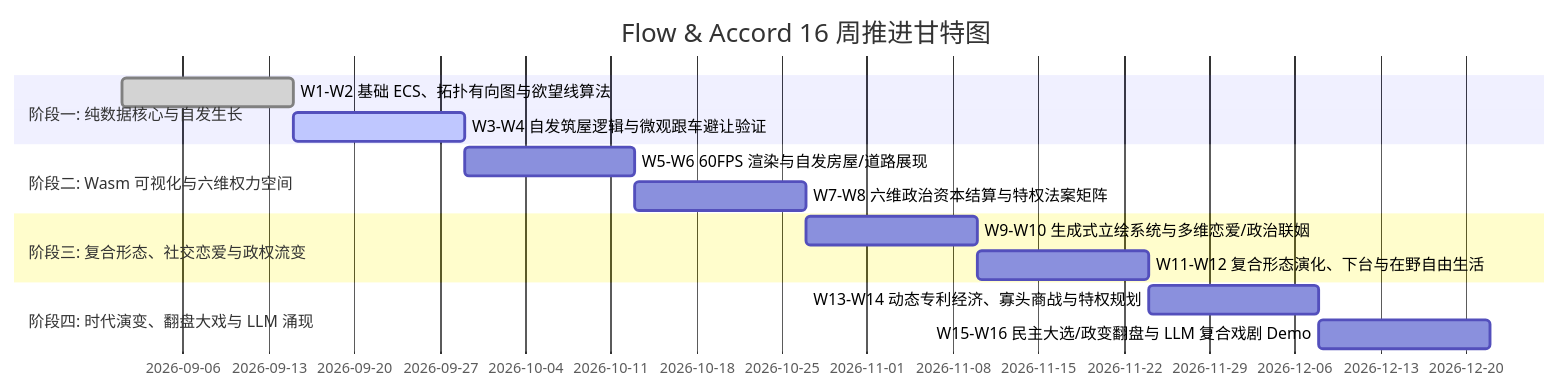
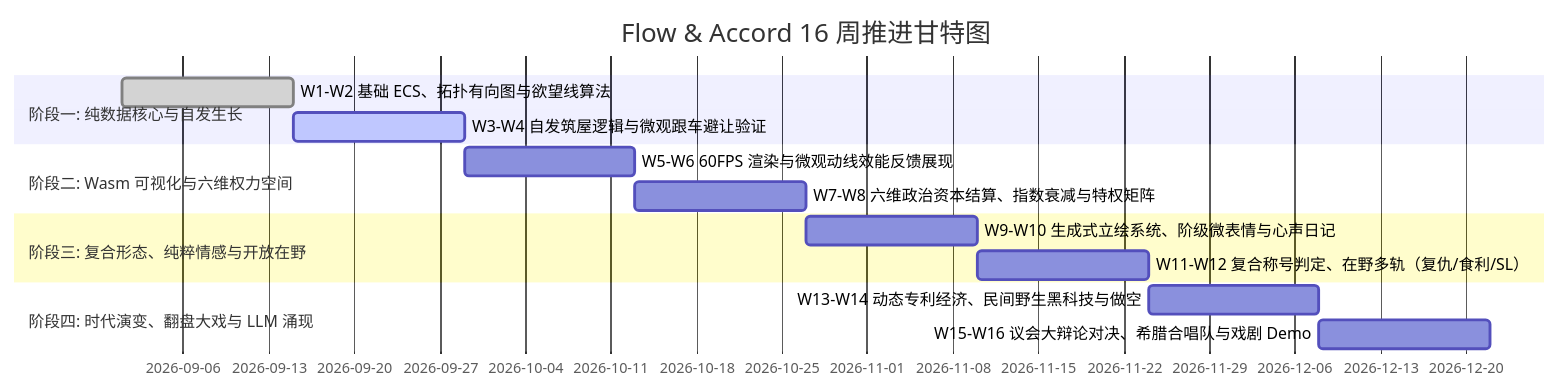
One commit to g39088902/FlowAndAccord changed the ninth of 9 diagrams in PLAN.md. Above: the diagram before and after it, drawn with Mermaid. The commit also changed other lines of this file and 16 other files, not shown here.

````diff
--- a/PLAN.md
+++ b/PLAN.md
@@ -375,17 +443,17 @@
 ```mermaid
 gantt
     title Flow & Accord 16 周推进甘特图
     dateFormat  YYYY-MM-DD
     section 阶段一: 纯数据核心与自发生长
     W1-W2 基础 ECS、拓扑有向图与欲望线算法 :done,    des1, 2026-09-01, 14d
     W3-W4 自发筑屋逻辑与微观跟车避让验证 :active,  des2, after des1, 14d
     section 阶段二: Wasm 可视化与六维权力空间
-    W5-W6 60FPS 渲染与自发房屋/道路展现  :         des3, after des2, 14d
-    W7-W8 六维政治资本结算与特权法案矩阵  :         des4, after des3, 14d
-    section 阶段三: 复合形态、社交恋爱与政权流变
-    W9-W10 生成式立绘系统与多维恋爱/政治联姻:         des5, after des4, 14d
-    W11-W12 复合形态演化、下台与在野自由生活:         des6, after des5, 14d
+    W5-W6 60FPS 渲染与微观动线效能反馈展现 :         des3, after des2, 14d
+    W7-W8 六维政治资本结算、指数衰减与特权矩阵 :         des4, after des3, 14d
+    section 阶段三: 复合形态、纯粹情感与开放在野
+    W9-W10 生成式立绘系统、阶级微表情与心声日记:         des5, after des4, 14d
+    W11-W12 复合称号判定、在野多轨（复仇/食利/SL）:         des6, after des5, 14d
     section 阶段四: 时代演变、翻盘大戏与 LLM 涌现
-    W13-W14 动态专利经济、寡头商战与特权规划:         des7, after des6, 14d
-    W15-W16 民主大选/政变翻盘与 LLM 复合戏剧 Demo:   des8, after des7, 14d
+    W13-W14 动态专利经济、民间野生黑科技与做空:         des7, after des6, 14d
+    W15-W16 议会大辩论对决、希腊合唱队与戏剧 Demo:   des8, after des7, 14d
 ```
````
